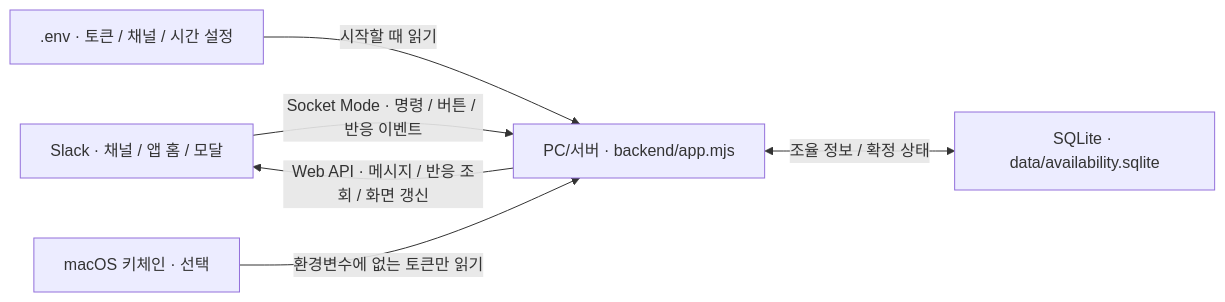
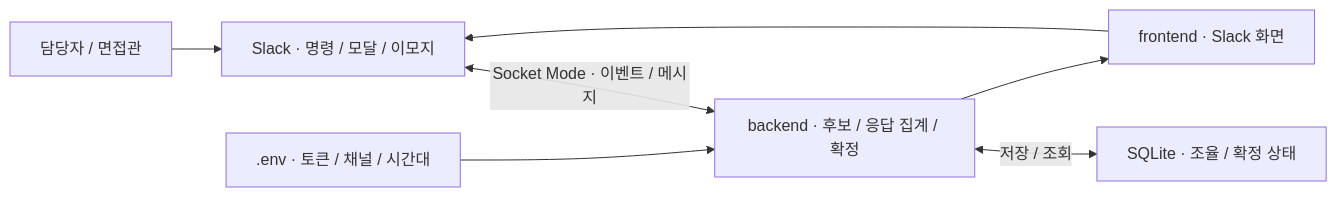
The diagram in README.md (realmi-lab/slack-interview-app), drawn with Mermaid before and after one commit. The commit also changed other lines of this file and 5 other files, not shown here.

````diff
--- a/README.md
+++ b/README.md
@@ -67,8 +28,9 @@
 ```mermaid
 flowchart LR
-    S["Slack · 채널 / 앱 홈 / 모달"] -->|"Socket Mode · 명령 / 버튼 / 반응 이벤트"| B["PC/서버 · backend/app.mjs"]
-    B -->|"Web API · 메시지 / 반응 조회 / 화면 갱신"| S
-    B <-->|"조율 정보 / 확정 상태"| D["SQLite · data/availability.sqlite"]
-    E[".env · 토큰 / 채널 / 시간 설정"] -->|"시작할 때 읽기"| B
-    K["macOS 키체인 · 선택"] -->|"환경변수에 없는 토큰만 읽기"| B
+    U["담당자 / 면접관"] --> S["Slack · 명령 / 모달 / 이모지"]
+    S <-->|"Socket Mode · 이벤트 / 메시지"| B["backend · 후보 / 응답 집계 / 확정"]
+    E[".env · 토큰 / 채널 / 시간대"] --> B
+    B <-->|"저장 / 조회"| D["SQLite · 조율 / 확정 상태"]
+    B --> F["frontend · Slack 화면"]
+    F --> S
 ```
````
